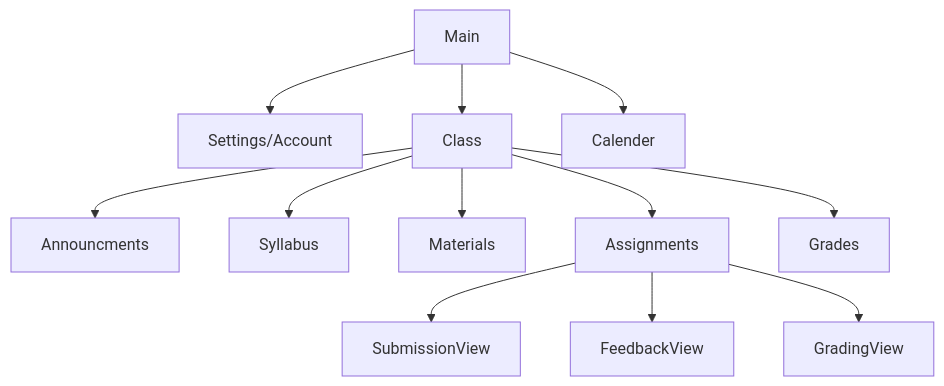
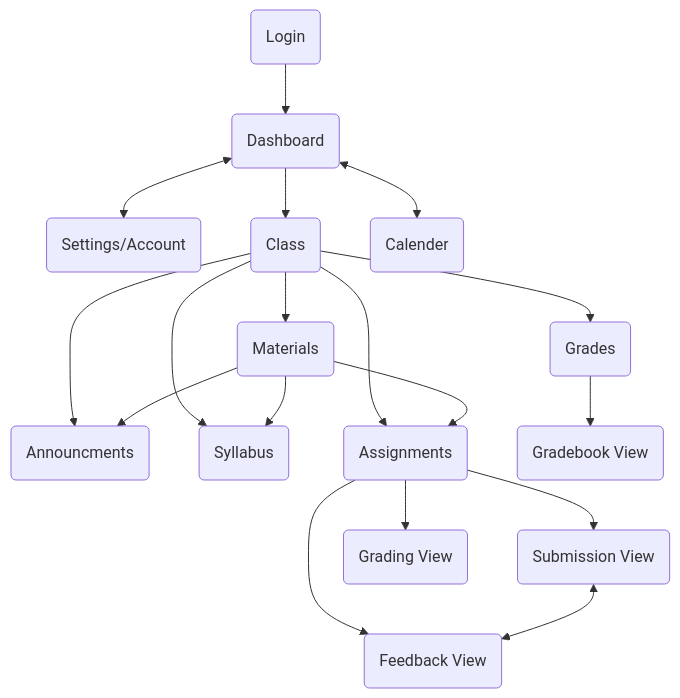
One commit to JuanSaq/f25-cisc474-individual changed the diagram in apps/docs/public/sitemap.md. Above: the diagram before and after it, drawn with Mermaid.

Commit message:
Updated Sitemap

````diff
--- a/apps/docs/public/sitemap.md
+++ b/apps/docs/public/sitemap.md
@@ -5,14 +5,20 @@
 ```mermaid
     graph TD;
-        Main-->Settings/Account;
-        Main-->Class;
-        Main-->Calender;
-        Class-->Announcments;
-        Class-->Syllabus;
-        Class-->Materials;
-        Class-->Assignments;
-        Class-->Grades;
-        Assignments-->SubmissionView;
-        Assignments-->FeedbackView;
-        Assignments-->GradingView;
+        A(Login)-->B(Dashboard);
+        B<-->C(Settings/Account);
+        B-->D(Class);
+        B<-->E(Calender);
+        D-->F(Announcments);
+        D-->G(Syllabus);
+        D-->H(Materials);
+        D-->I(Assignments);
+        D-->J(Grades);
+        J-->O(Gradebook View)
+        I-->K(Submission View);
+        I-->L(Feedback View);
+        I-->M(Grading View);
+        K<-->L;
+        H-->G;
+        H-->F;
+        H-->I;
 ```
````
